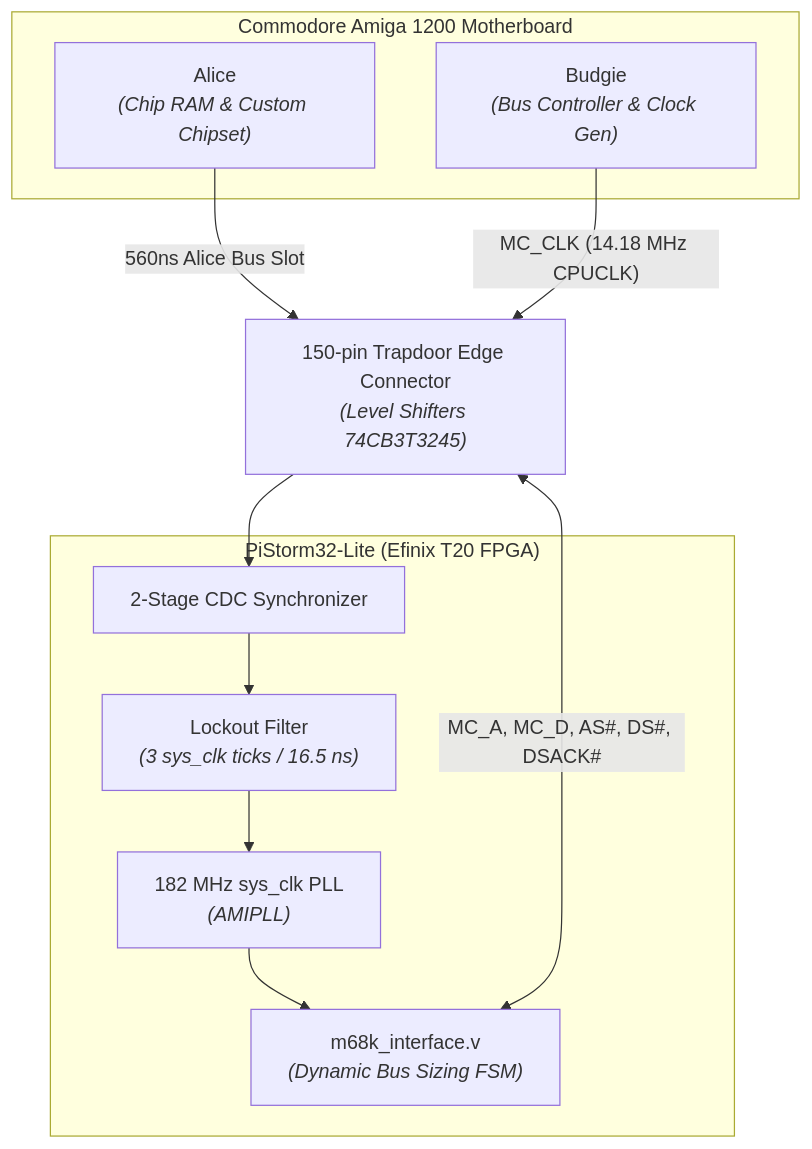
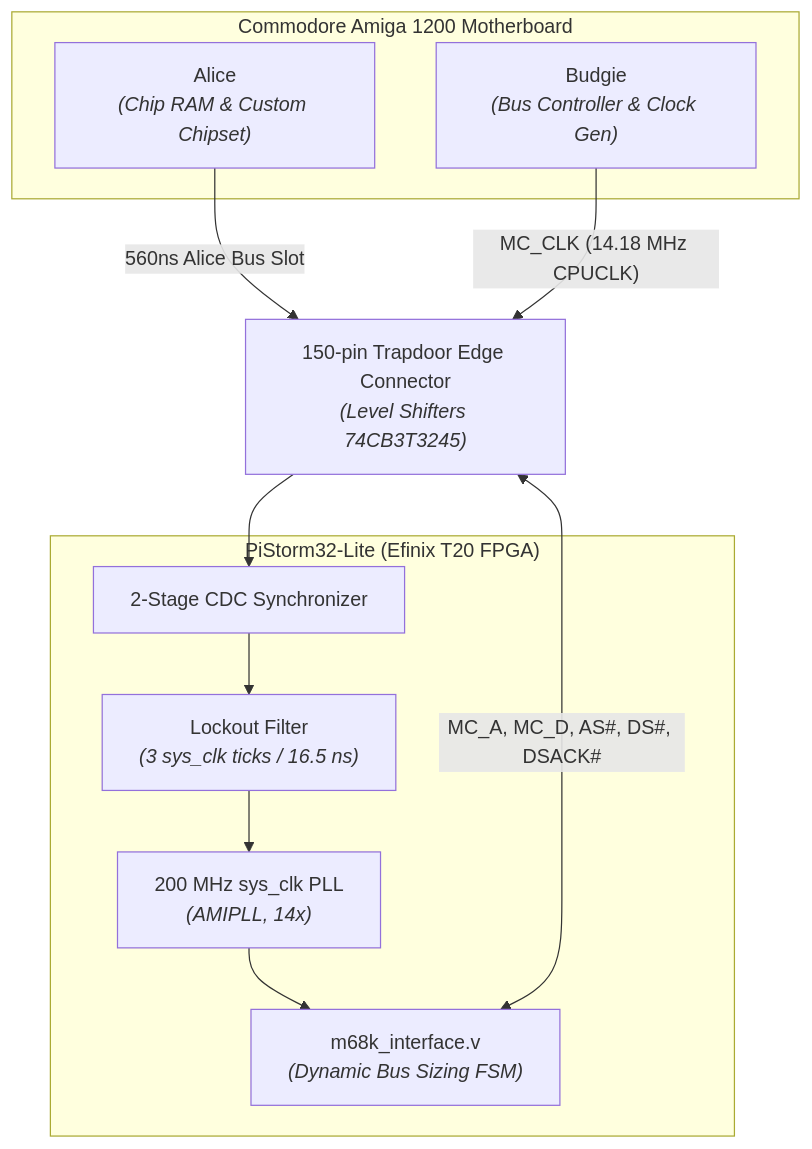
Before and after one commit to PiStorm/pistorm32-lite-gateware: the diagram in DOCS/AMIGA_HARDWARE_TIMING.md, drawn with Mermaid. The commit also changed other lines of this file and 9 other files, not shown here.

````diff
--- a/DOCS/AMIGA_HARDWARE_TIMING.md
+++ b/DOCS/AMIGA_HARDWARE_TIMING.md
@@ -18,24 +18,24 @@
 ```mermaid
 flowchart TD
     subgraph A1200["Commodore Amiga 1200 Motherboard"]
         ALICE["Alice<br/><i>(Chip RAM & Custom Chipset)</i>"]
         BUDGIE["Budgie<br/><i>(Bus Controller & Clock Gen)</i>"]
     end
 
     TRAPDOOR["150-pin Trapdoor Edge Connector<br/><i>(Level Shifters 74CB3T3245)</i>"]
 
     subgraph FPGA["PiStorm32-Lite (Efinix T20 FPGA)"]
         CDC["2-Stage CDC Synchronizer"]
         FILTER["Lockout Filter<br/><i>(3 sys_clk ticks / 16.5 ns)</i>"]
-        PLL["182 MHz sys_clk PLL<br/><i>(AMIPLL)</i>"]
+        PLL["200 MHz sys_clk PLL<br/><i>(AMIPLL, 14x)</i>"]
         FSM["m68k_interface.v<br/><i>(Dynamic Bus Sizing FSM)</i>"]
     end
 
     ALICE -->|"560ns Alice Bus Slot"| TRAPDOOR
     BUDGIE -->|"MC_CLK (14.18 MHz CPUCLK)"| TRAPDOOR
     TRAPDOOR --> CDC
     CDC --> FILTER
     FILTER --> PLL
     PLL --> FSM
     TRAPDOOR <-->|"MC_A, MC_D, AS#, DS#, DSACK#"| FSM
 ```
````
